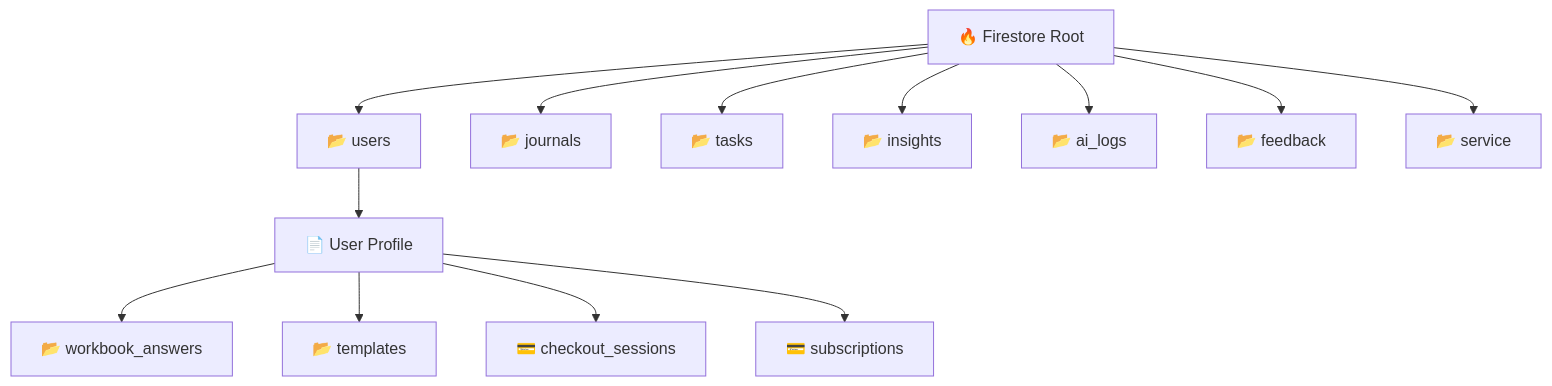
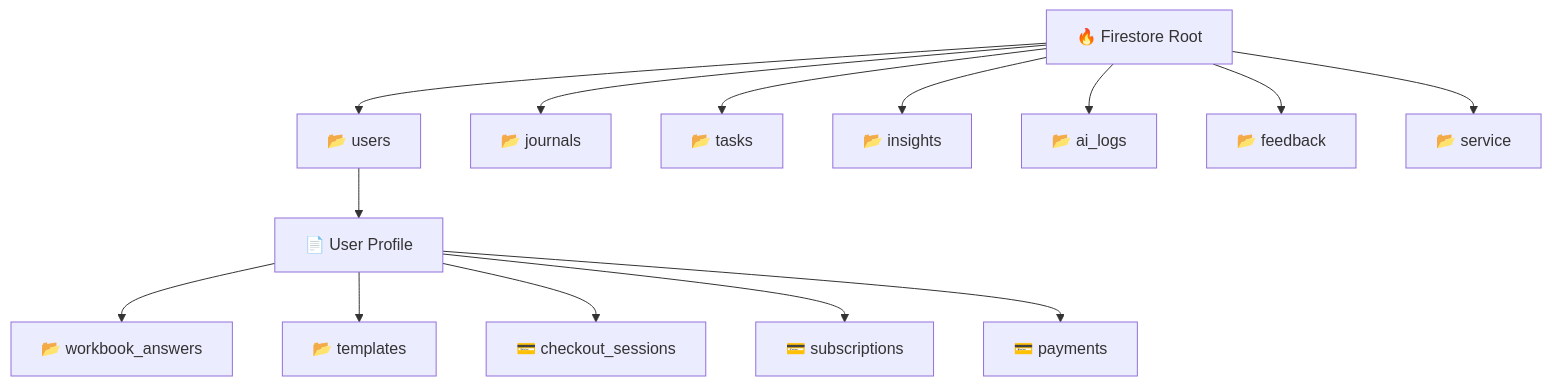
The diagram in docs/SCHEMA_ARCHITECTURE.md (rpdouglas/MRT2), drawn with Mermaid before and after one commit. The commit also changed 13 other files, not shown here.

````diff
--- a/docs/SCHEMA_ARCHITECTURE.md
+++ b/docs/SCHEMA_ARCHITECTURE.md
@@ -8,18 +8,19 @@
 ```mermaid
 graph TD
     root[🔥 Firestore Root]
     
     root --> users[📂 users]
     users --> userDoc[📄 User Profile]
     userDoc --> workbook_answers[📂 workbook_answers]
     userDoc --> templates[📂 templates]
     userDoc --> checkout_sessions[💳 checkout_sessions]
     userDoc --> subscriptions[💳 subscriptions]
+    userDoc --> payments[💳 payments]
     
     root --> journals[📂 journals]
     root --> tasks[📂 tasks]
     root --> insights[📂 insights]
     root --> ai_logs[📂 ai_logs]
     root --> feedback[📂 feedback]
     root --> service[📂 service]
 ```
````
